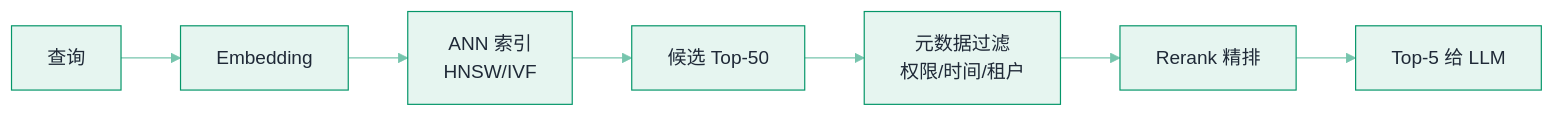
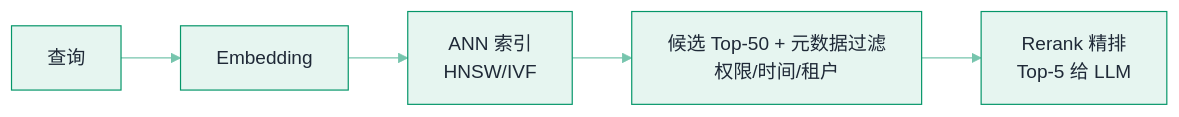
The diagram in docs/06-memory-rag/vector-database.md (funny8kids/ai-agent-handbook), drawn with Mermaid before and after one commit. The commit also changed other lines of this file and 45 other files, not shown here.

First line of the commit message:
Thicken 12 thin pages, clear 25 over-width diagrams, re-proportion 10 thin-ribbon diagrams

````diff
--- a/docs/06-memory-rag/vector-database.md
+++ b/docs/06-memory-rag/vector-database.md
@@ -96,10 +96,8 @@
 ```mermaid
 %%{init: {"theme":"base","themeVariables":{"primaryColor":"#E6F5F0","primaryBorderColor":"#059669","primaryTextColor":"#1F2937","secondaryColor":"#C8E8DE","tertiaryColor":"#F5FBF9","lineColor":"#76C5AD","actorBkg":"#EBF7F3","actorBorder":"#059669","actorTextColor":"#1F2937","signalColor":"#50B696","noteBkgColor":"#D2ECE4","noteBorderColor":"#059669","noteTextColor":"#1F2937","labelBoxBkgColor":"#E6F5F0","labelBoxBorderColor":"#059669"}}}%%
 flowchart LR
   A[查询] --> B[Embedding]
   B --> C[ANN 索引<br/>HNSW/IVF]
-  C --> D[候选 Top-50]
-  D --> E[元数据过滤<br/>权限/时间/租户]
-  E --> F[Rerank 精排]
-  F --> G[Top-5 给 LLM]
+  C --> D["候选 Top-50 + 元数据过滤<br/>权限/时间/租户"]
+  D --> E["Rerank 精排<br/>Top-5 给 LLM"]
 ```
````
